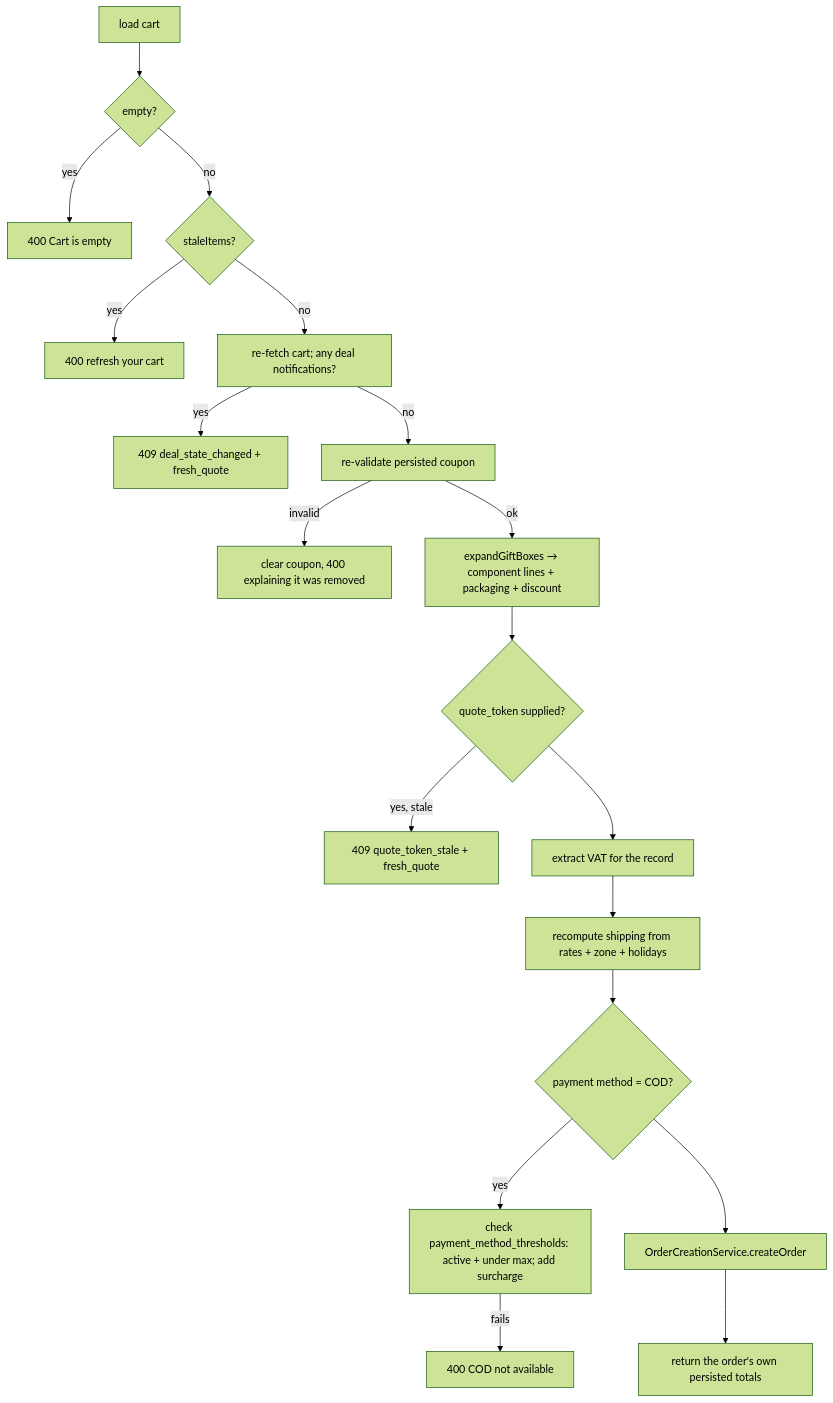
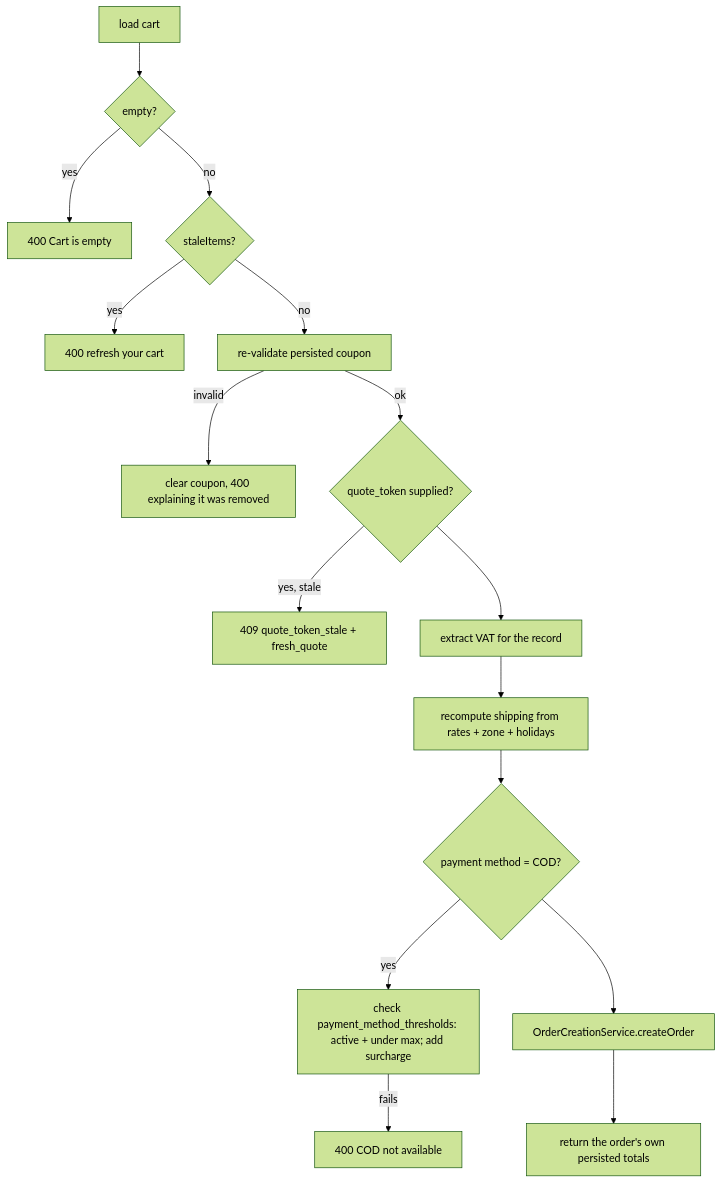
One commit to ismailfarisi/materialhub changed the second of 5 diagrams in docs/backend/07-cart-and-checkout.md. Above: the diagram before and after it, drawn with Mermaid (forest theme). The commit also changed other lines of this file and 107 other files, not shown here.

First line of the commit message:
Prune order-service, finish the schema and update the backend docs

````diff
--- a/docs/backend/07-cart-and-checkout.md
+++ b/docs/backend/07-cart-and-checkout.md
@@ -140,21 +136,18 @@
 ```mermaid
 flowchart TD
     A[load cart] --> B{empty?}
     B -- yes --> Z1[400 Cart is empty]
     B -- no --> C{staleItems?}
     C -- yes --> Z2[400 refresh your cart]
-    C -- no --> D[re-fetch cart; any deal notifications?]
-    D -- yes --> Z3["409 deal_state_changed + fresh_quote"]
-    D -- no --> E[re-validate persisted coupon]
+    C -- no --> E[re-validate persisted coupon]
     E -- invalid --> Z4[clear coupon, 400 explaining it was removed]
-    E -- ok --> F[expandGiftBoxes → component lines + packaging + discount]
-    F --> G{quote_token supplied?}
+    E -- ok --> G{quote_token supplied?}
     G -- yes, stale --> Z5["409 quote_token_stale + fresh_quote"]
     G --> H[extract VAT for the record]
     H --> I[recompute shipping from rates + zone + holidays]
     I --> J{payment method = COD?}
     J -- yes --> K[check payment_method_thresholds: active + under max; add surcharge]
     K -- fails --> Z6[400 COD not available]
     J --> L[OrderCreationService.createOrder]
     L --> M[return the order's own persisted totals]
 ```
````
